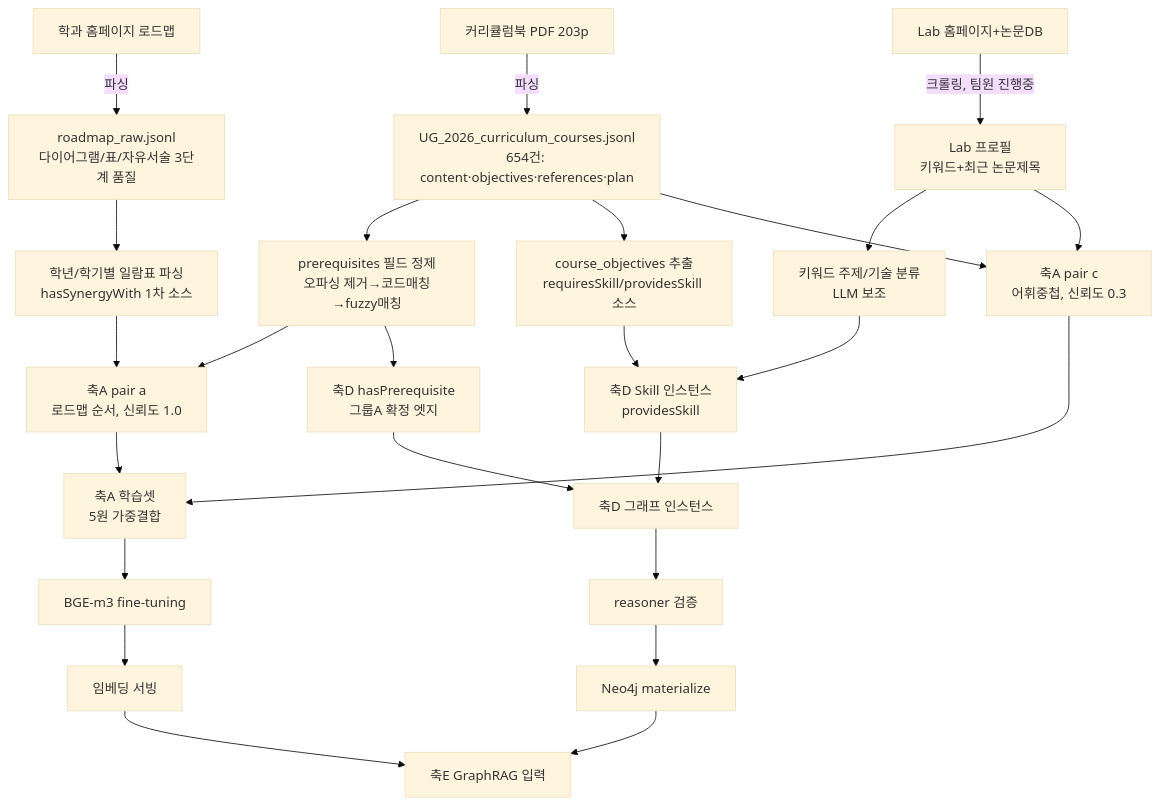
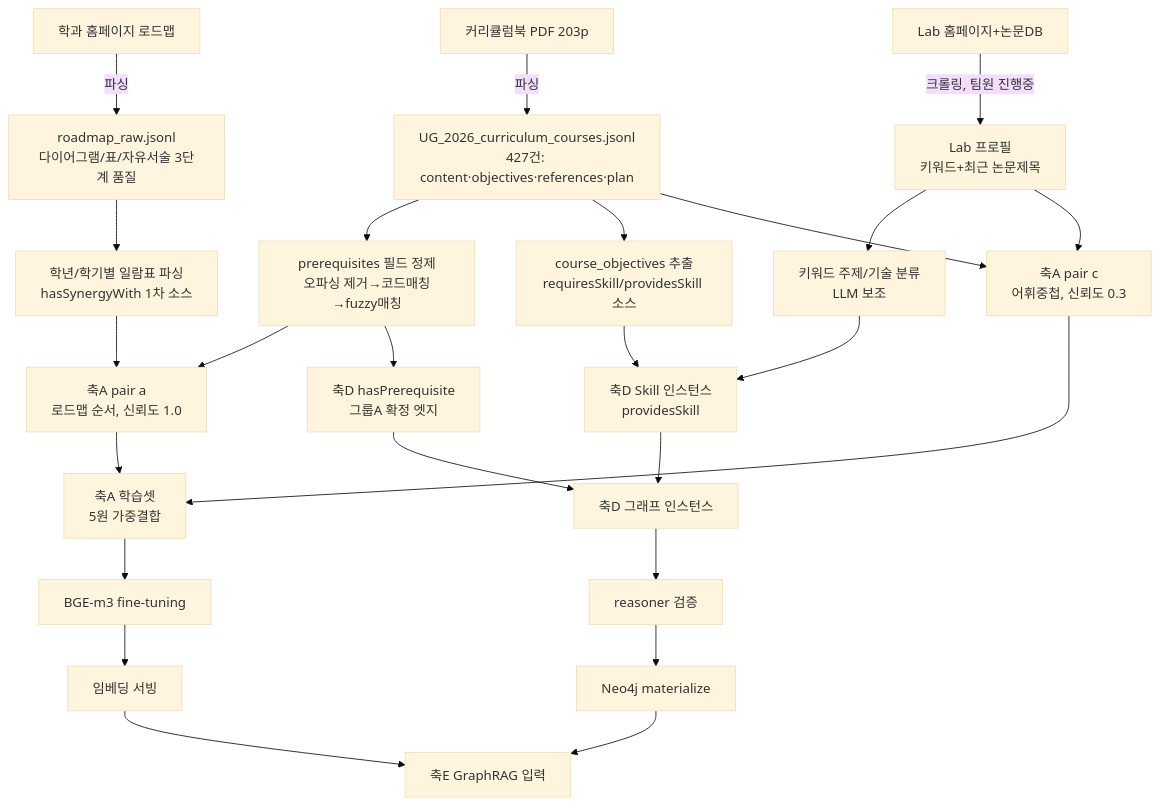
Before and after one commit to sternjeong/UGRP_2026: the fifth of 5 diagrams in PROJECT_DESIGN.md, drawn with Mermaid (base theme). The commit also changed other lines of this file and 6 other files, not shown here.

````diff
--- a/PROJECT_DESIGN.md
+++ b/PROJECT_DESIGN.md
@@ -460,30 +464,30 @@
 ```mermaid
 flowchart TD
-    S1[커리큘럼북 PDF 203p] -->|파싱| S2[UG_2026_curriculum_courses.jsonl<br/>654건: content·objectives·references·plan]
+    S1[커리큘럼북 PDF 203p] -->|파싱| S2[UG_2026_curriculum_courses.jsonl<br/>427건: content·objectives·references·plan]
     S3[학과 홈페이지 로드맵] -->|파싱| S4[roadmap_raw.jsonl<br/>다이어그램/표/자유서술 3단계 품질]
     S5[Lab 홈페이지+논문DB] -->|크롤링, 팀원 진행중| S6[Lab 프로필<br/>키워드+최근 논문제목]
 
     S2 --> T1[prerequisites 필드 정제<br/>오파싱 제거→코드매칭→fuzzy매칭]
     S4 --> T2["학년/학기별 일람표" 파싱<br/>hasSynergyWith 1차 소스]
     S2 --> T3[course_objectives 추출<br/>requiresSkill/providesSkill 소스]
     S6 --> T4[키워드 주제/기술 분류<br/>LLM 보조]
 
     T1 --> U1[축A pair a<br/>로드맵 순서, 신뢰도 1.0]
     T2 --> U1
     S2 --> U2[축A pair c<br/>어휘중첩, 신뢰도 0.3]
     S6 --> U2
     T3 --> U3[축D Skill 인스턴스<br/>providesSkill]
     T4 --> U3
     T1 --> U4[축D hasPrerequisite<br/>그룹A 확정 엣지]
 
     U1 --> V1[축A 학습셋<br/>5원 가중결합]
     U2 --> V1
     V1 --> V2[BGE-m3 fine-tuning]
     U3 --> V3[축D 그래프 인스턴스]
     U4 --> V3
     V3 --> V4[reasoner 검증]
     V2 --> V5[임베딩 서빙]
     V4 --> V6[Neo4j materialize]
     V5 --> W1[축E GraphRAG 입력]
     V6 --> W1
 ```
````
